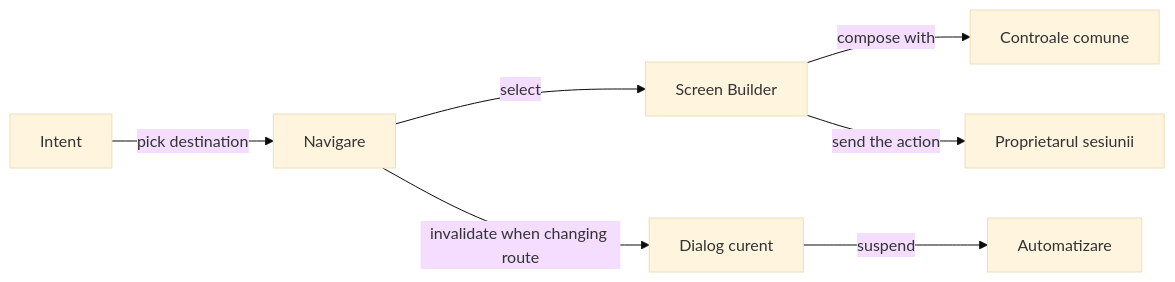
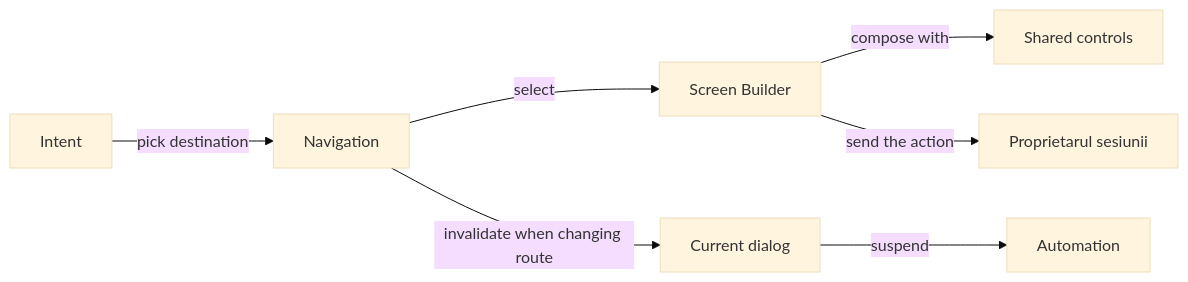
One commit to crististefanita/atf_j4 changed the second of 4 diagrams in whist-lab-app/app/src/main/java/ro/whistlab/app/README.md. Above: the diagram before and after it, drawn with Mermaid (base theme). The commit also changed other lines of this file and 84 other files, not shown here.

````diff
--- a/whist-lab-app/app/src/main/java/ro/whistlab/app/README.md
+++ b/whist-lab-app/app/src/main/java/ro/whistlab/app/README.md
@@ -124,9 +124,9 @@
 ```mermaid
 flowchart LR
-    INTENT[Intent] -->|pick destination| NAV[Navigare]
+    INTENT[Intent] -->|pick destination| NAV[Navigation]
     NAV -->|select| SCREEN[Screen Builder]
-    SCREEN -->|compose with| VIEWS[Controale comune]
+    SCREEN -->|compose with| VIEWS[Shared controls]
     SCREEN -->|send the action| OWNER[Proprietarul sesiunii]
-    DIALOG[Dialog curent] -->|suspend| AI[Automatizare]
+    DIALOG[Current dialog] -->|suspend| AI[Automation]
     NAV -->|invalidate when changing route| DIALOG
 ```
````
